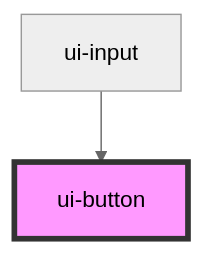
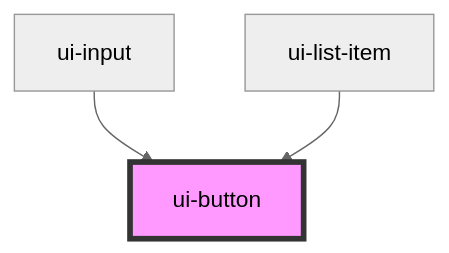
The diagram in packages/stencil/src/components/atoms/ui-button/readme.md (niedzielnyaniol/todo), drawn with Mermaid (neutral theme) before and after one commit. The commit also changed other lines of this file and 29 other files, not shown here.

Commit message:
feat(ui-list-item): component done

````diff
--- a/packages/stencil/src/components/atoms/ui-button/readme.md
+++ b/packages/stencil/src/components/atoms/ui-button/readme.md
@@ -29,5 +33,6 @@
 ```mermaid
 graph TD;
   ui-input --> ui-button
+  ui-list-item --> ui-button
   style ui-button fill:#f9f,stroke:#333,stroke-width:4px
 ```
````
